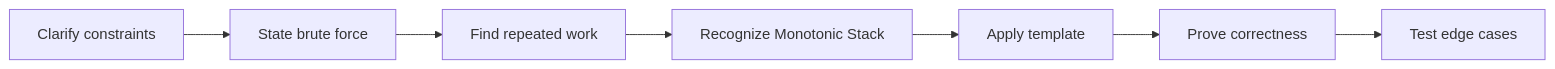
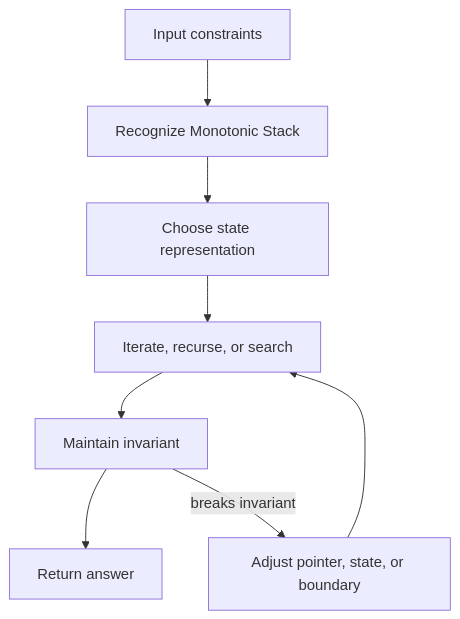
Before and after one commit to abstractinterviews/abstractinterviews.github.io: the second of 2 diagrams in coding-round/patterns/monotonic-stack/index.md, drawn with Mermaid. The commit also changed other lines of this file and 278 other files, not shown here.

````diff
--- a/coding-round/patterns/monotonic-stack/index.md
+++ b/coding-round/patterns/monotonic-stack/index.md
@@ -123,9 +121,10 @@
-~~~mermaid
-flowchart LR
-    A["Clarify constraints"] --> B["State brute force"]
-    B --> C["Find repeated work"]
-    C --> D["Recognize Monotonic Stack"]
-    D --> E["Apply template"]
-    E --> F["Prove correctness"]
-    F --> G["Test edge cases"]
-~~~
+```mermaid
+flowchart TD
+    Input["Input constraints"] --> Pattern["Recognize Monotonic Stack"]
+    Pattern --> State["Choose state representation"]
+    State --> Iterate["Iterate, recurse, or search"]
+    Iterate --> Check["Maintain invariant"]
+    Check --> Result["Return answer"]
+    Check -->|breaks invariant| Fix["Adjust pointer, state, or boundary"]
+    Fix --> Iterate
+```
````
